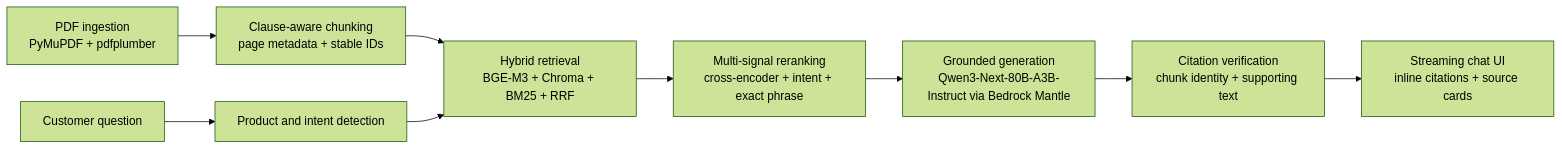
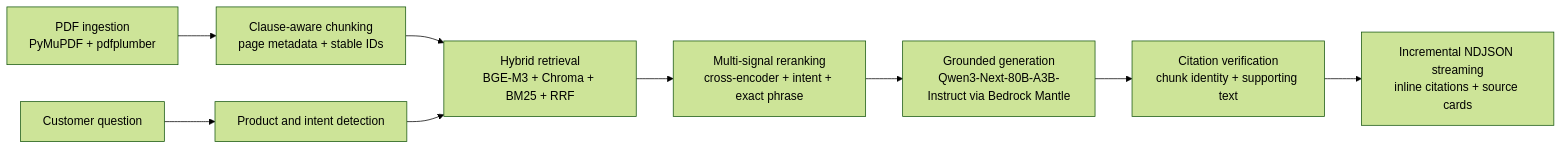
The diagram in README.md (irishz12/Benefit-Explorer), drawn with Mermaid (forest theme) before and after one commit. The commit also changed other lines of this file, not shown here.

Commit message:
docs: clarify post-generation NDJSON streaming

````diff
--- a/README.md
+++ b/README.md
@@ -75,11 +75,11 @@
 ```mermaid
 flowchart LR
     A["PDF ingestion<br/>PyMuPDF + pdfplumber"] --> B["Clause-aware chunking<br/>page metadata + stable IDs"]
     B --> C["Hybrid retrieval<br/>BGE-M3 + Chroma + BM25 + RRF"]
     Q["Customer question"] --> D["Product and intent detection"]
     D --> C
     C --> E["Multi-signal reranking<br/>cross-encoder + intent + exact phrase"]
     E --> F["Grounded generation<br/>Qwen3-Next-80B-A3B-Instruct via Bedrock Mantle"]
     F --> G["Citation verification<br/>chunk identity + supporting text"]
-    G --> H["Streaming chat UI<br/>inline citations + source cards"]
+    G --> H["Incremental NDJSON streaming<br/>inline citations + source cards"]
 ```
````
